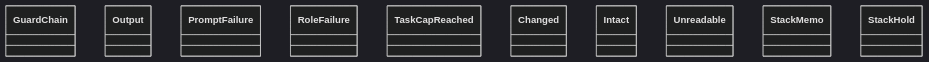
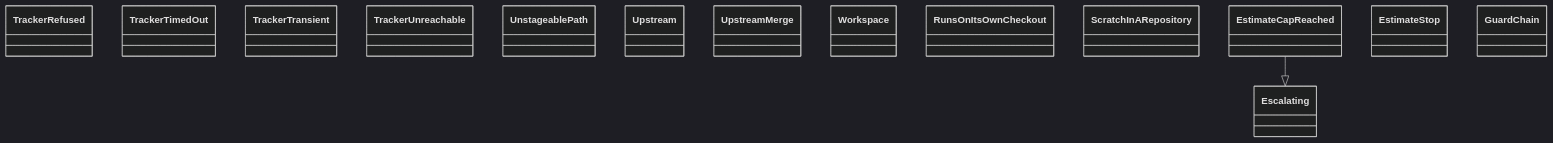
The diagram in docs/architecture/generated/classes-process-application-support-8.md (GonzaloZevallos/agentic-system), drawn with Mermaid (dark theme) before and after one commit. The commit also changed other lines of this file and 20 other files, not shown here.

Commit message:
Regenerate the architecture docs for the notifier ports and FilesystemNotified

````diff
--- a/docs/architecture/generated/classes-process-application-support-8.md
+++ b/docs/architecture/generated/classes-process-application-support-8.md
@@ -20,13 +21,18 @@
 ```mermaid
 classDiagram
+    class ports__TrackerRefused["TrackerRefused"]
+    class ports__TrackerTimedOut["TrackerTimedOut"]
+    class ports__TrackerTransient["TrackerTransient"]
+    class ports__TrackerUnreachable["TrackerUnreachable"]
+    class ports__UnstageablePath["UnstageablePath"]
+    class ports__Upstream["Upstream"]
+    class ports__UpstreamMerge["UpstreamMerge"]
+    class ports__Workspace["Workspace"]
+    class preflight__RunsOnItsOwnCheckout["RunsOnItsOwnCheckout"]
+    class preflight__ScratchInARepository["ScratchInARepository"]
+    class run_role__Escalating["Escalating"]
+    class run_role__EstimateCapReached["EstimateCapReached"]
+    class run_role__EstimateStop["EstimateStop"]
     class run_role__GuardChain["GuardChain"]
-    class run_role__Output["Output"]
-    class run_role__PromptFailure["PromptFailure"]
-    class run_role__RoleFailure["RoleFailure"]
-    class run_role__TaskCapReached["TaskCapReached"]
-    class spec_guard__Changed["Changed"]
-    class spec_guard__Intact["Intact"]
-    class spec_guard__Unreadable["Unreadable"]
-    class stack_facts__StackMemo["StackMemo"]
-    class stack_hold__StackHold["StackHold"]
+    run_role__EstimateCapReached --|> run_role__Escalating
 ```
````
